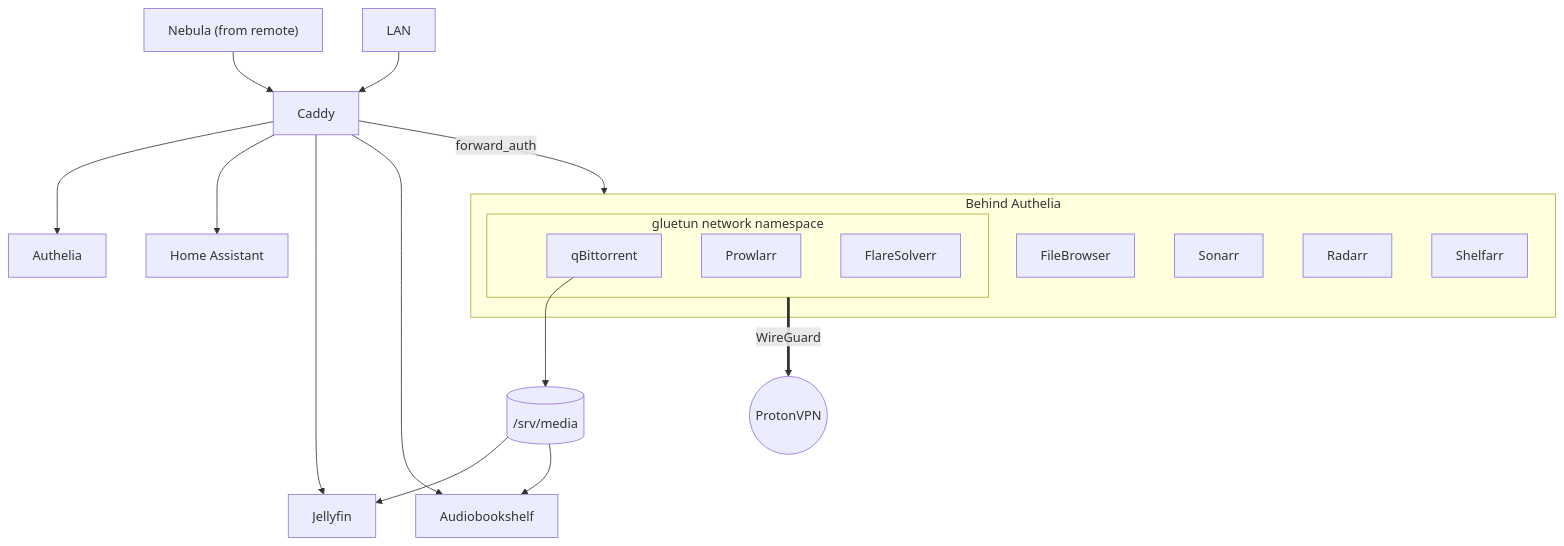
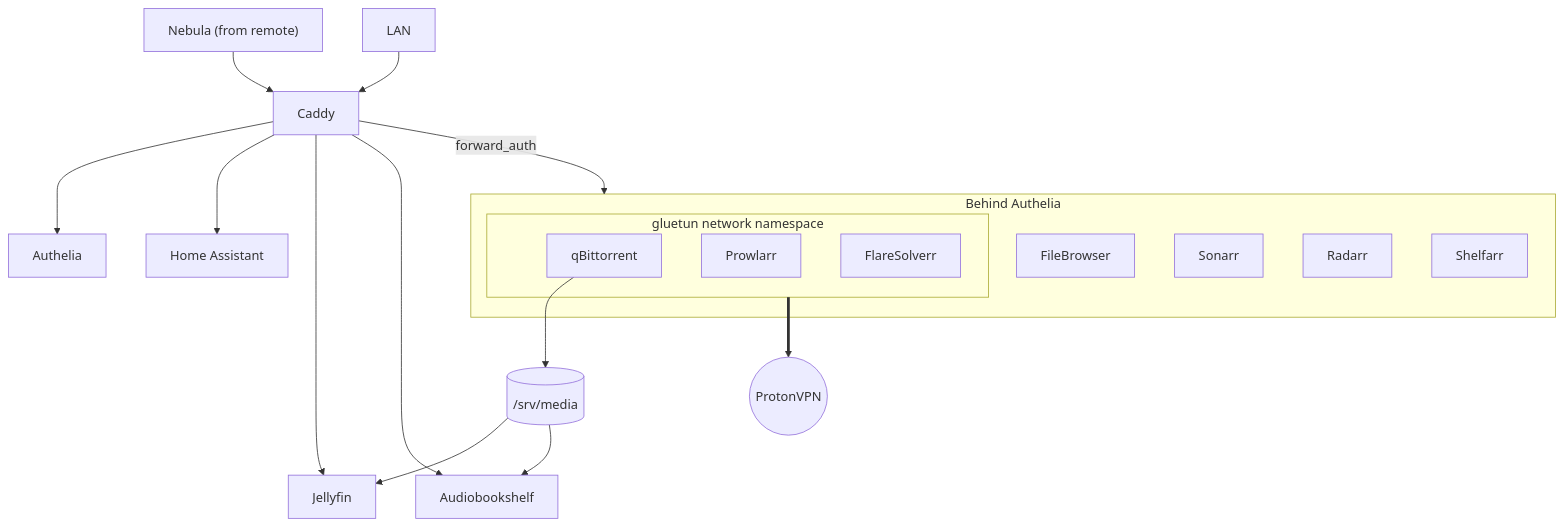
Before and after one commit to LeVraiBaptiste/nixos: the third of 4 diagrams in README.md, drawn with Mermaid. The commit also changed other lines of this file and 7 other files, not shown here.

Commit message:
docs(nebula): full setup guide, drop remaining WireGuard mentions

````diff
--- a/README.md
+++ b/README.md
@@ -84,29 +84,29 @@
 ```mermaid
 flowchart TB
     mesh["Nebula (from remote)"] --> caddy["Caddy"]
     lan["LAN"] --> caddy
 
     caddy --> authelia["Authelia"]
     caddy --> ha["Home Assistant"]
     caddy --> jellyfin["Jellyfin"]
     caddy --> abs["Audiobookshelf"]
     caddy -- "forward_auth" --> protected
 
     subgraph protected["Behind Authelia"]
         filebrowser["FileBrowser"]
         sonarr["Sonarr"]
         radarr["Radarr"]
         shelfarr["Shelfarr"]
 
         subgraph vpn["gluetun network namespace"]
             qbit["qBittorrent"]
             prowlarr["Prowlarr"]
             flare["FlareSolverr"]
         end
     end
 
-    vpn == "WireGuard" ==> proton(("ProtonVPN"))
+    vpn ==> proton(("ProtonVPN"))
     qbit --> media[("/srv/media")]
     media --> jellyfin
     media --> abs
 ```
````
